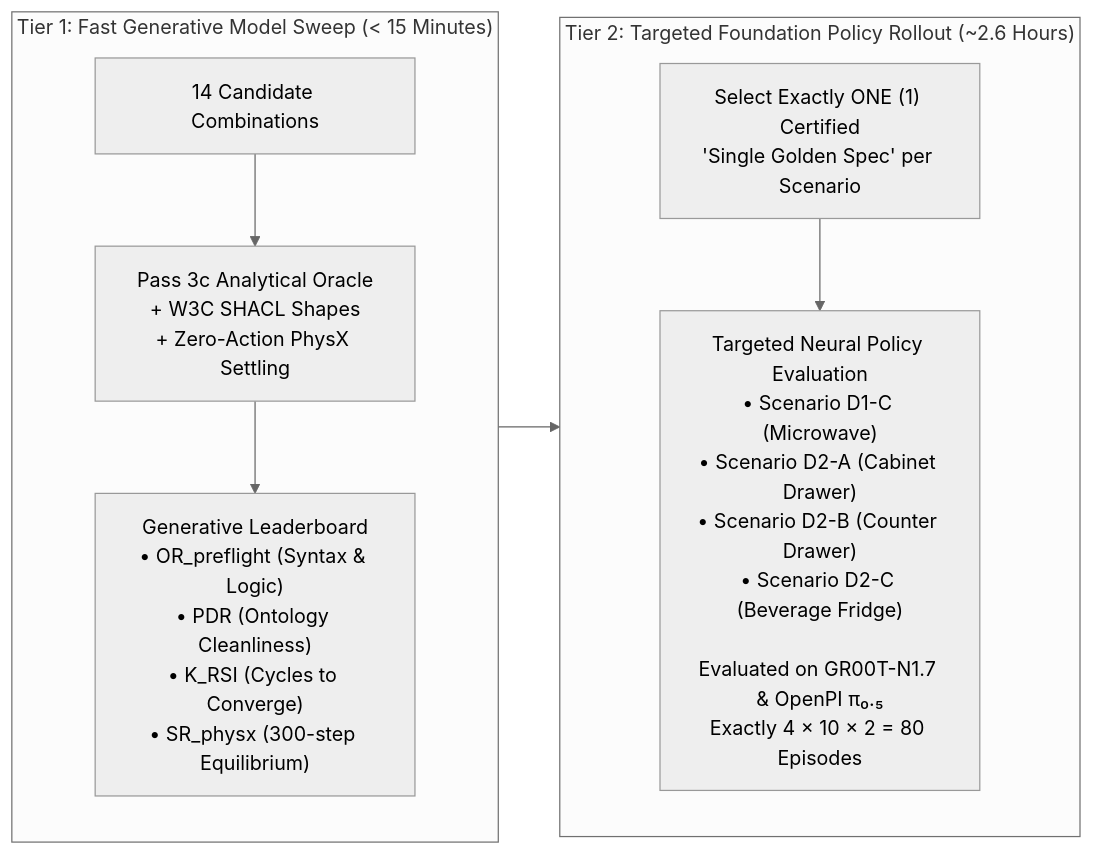
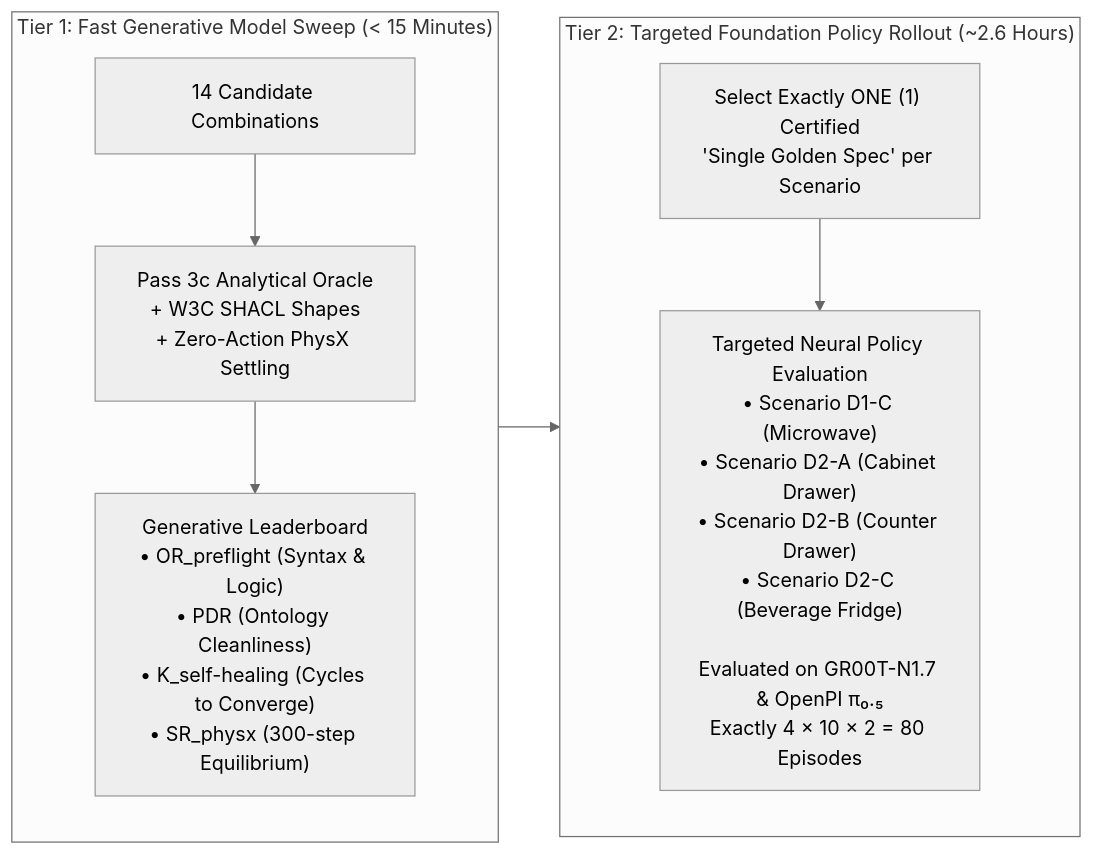
One commit to boredengineering/IsaacLab-Arena changed the fourth of 4 diagrams in .agents/references/plans/local-inference/experiments/experiment_05.md. Above: the diagram before and after it, drawn with Mermaid (neutral theme). The commit also changed other lines of this file and 31 other files, not shown here.

````diff
--- a/.agents/references/plans/local-inference/experiments/experiment_05.md
+++ b/.agents/references/plans/local-inference/experiments/experiment_05.md
@@ -1606,14 +1606,14 @@
 ```mermaid
 flowchart LR
     subgraph TIER1 ["Tier 1: Fast Generative Model Sweep (< 15 Minutes)"]
         direction TB
         MODELS["14 Candidate Combinations"] --> PREFLIGHT["Pass 3c Analytical Oracle\n+ W3C SHACL Shapes\n+ Zero-Action PhysX Settling"]
-        PREFLIGHT --> LEADERBOARD["Generative Leaderboard\n• OR_preflight (Syntax & Logic)\n• PDR (Ontology Cleanliness)\n• K_RSI (Cycles to Converge)\n• SR_physx (300-step Equilibrium)"]
+        PREFLIGHT --> LEADERBOARD["Generative Leaderboard\n• OR_preflight (Syntax & Logic)\n• PDR (Ontology Cleanliness)\n• K_self-healing (Cycles to Converge)\n• SR_physx (300-step Equilibrium)"]
     end
 
     subgraph TIER2 ["Tier 2: Targeted Foundation Policy Rollout (~2.6 Hours)"]
         direction TB
         LEADERBOARD --> PICK_ONE["Select Exactly ONE (1) Certified\n'Single Golden Spec' per Scenario"]
         PICK_ONE --> ROLLOUTS["Targeted Neural Policy Evaluation\n• Scenario D1-C (Microwave)\n• Scenario D2-A (Cabinet Drawer)\n• Scenario D2-B (Counter Drawer)\n• Scenario D2-C (Beverage Fridge)\n\nEvaluated on GR00T-N1.7 & OpenPI π₀.₅\nExactly 4 × 10 × 2 = 80 Episodes"]
     end
 ```
````
